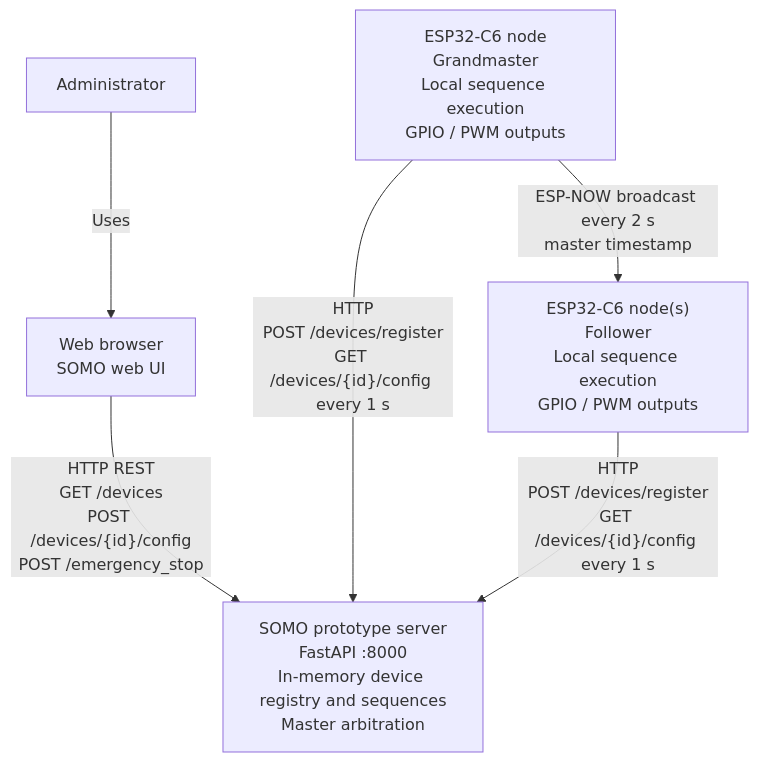
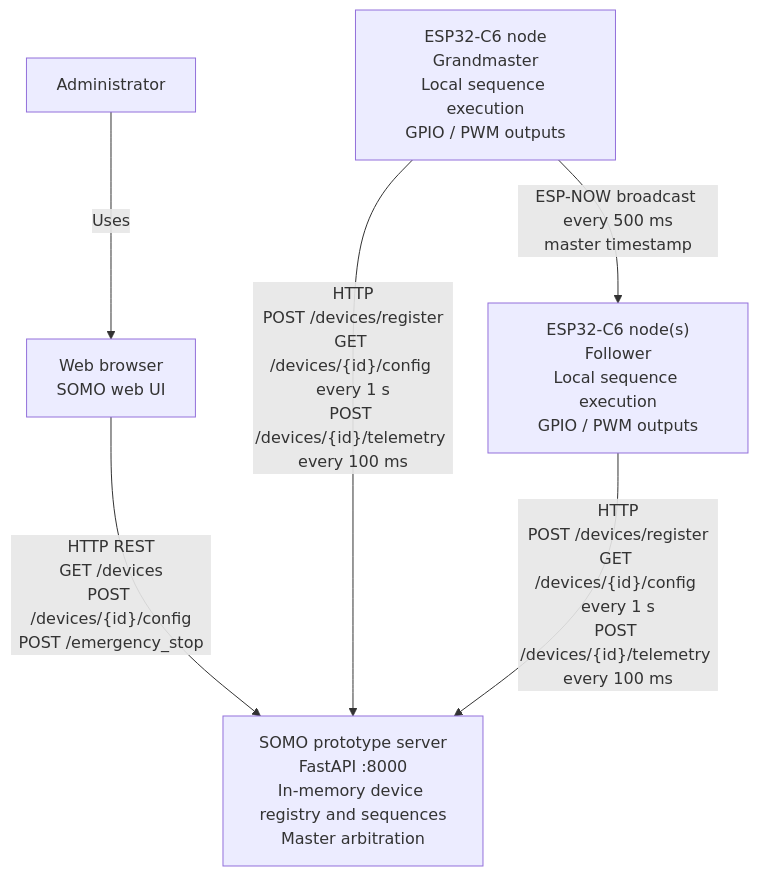
The diagram in docs/ARCHITECTURE.md (JuanesHe/SOMO), drawn with Mermaid before and after one commit. The commit also changed 1 other file, not shown here.

````diff
--- a/docs/ARCHITECTURE.md
+++ b/docs/ARCHITECTURE.md
@@ -9,14 +9,14 @@
 ```mermaid
 flowchart TB
   admin["Administrator"]
   browser["Web browser\nSOMO web UI"]
   server["SOMO prototype server\nFastAPI :8000\nIn-memory device registry and sequences\nMaster arbitration"]
   master["ESP32-C6 node\nGrandmaster\nLocal sequence execution\nGPIO / PWM outputs"]
   follower["ESP32-C6 node(s)\nFollower\nLocal sequence execution\nGPIO / PWM outputs"]
 
   admin -->|"Uses"| browser
   browser -->|"HTTP REST\nGET /devices\nPOST /devices/{id}/config\nPOST /emergency_stop"| server
-  master -->|"HTTP\nPOST /devices/register\nGET /devices/{id}/config every 1 s"| server
-  follower -->|"HTTP\nPOST /devices/register\nGET /devices/{id}/config every 1 s"| server
-  master -->|"ESP-NOW broadcast every 2 s\nmaster timestamp"| follower
+  master -->|"HTTP\nPOST /devices/register\nGET /devices/{id}/config every 1 s\nPOST /devices/{id}/telemetry every 100 ms"| server
+  follower -->|"HTTP\nPOST /devices/register\nGET /devices/{id}/config every 1 s\nPOST /devices/{id}/telemetry every 100 ms"| server
+  master -->|"ESP-NOW broadcast every 500 ms\nmaster timestamp"| follower
 ```
````
